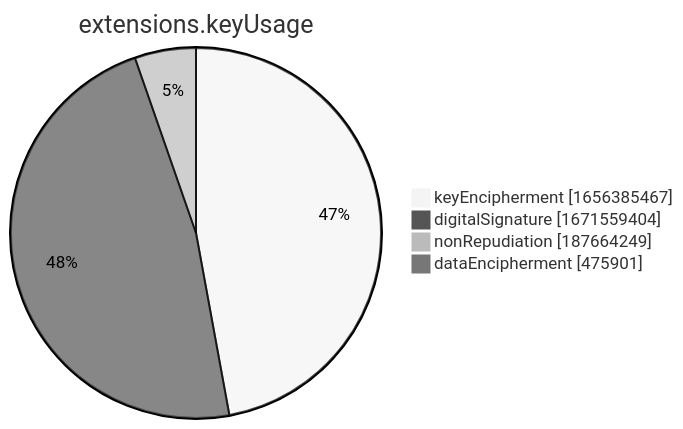
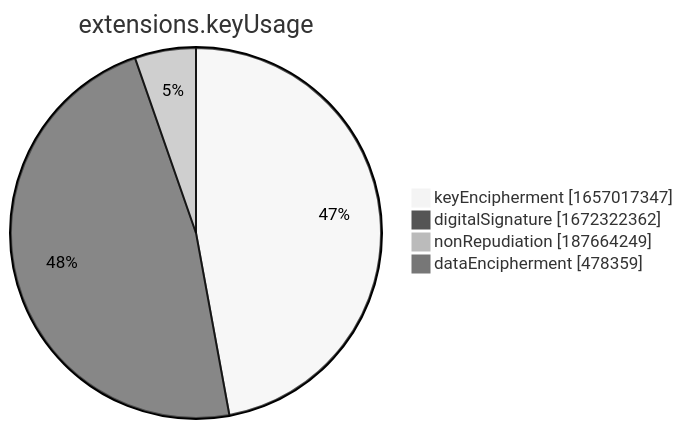
The seventh of 15 diagrams in xenon2022/README.md (christiankrug/ctmonitor_visualization), drawn with Mermaid (neutral theme) before and after one commit. The commit also changed other lines of this file, not shown here.

````diff
--- a/xenon2022/README.md
+++ b/xenon2022/README.md
@@ -2857,8 +2857,8 @@
 ```mermaid
 pie showData
 title extensions.keyUsage
-"keyEncipherment" :1656385467
-"digitalSignature" :1671559404
+"keyEncipherment" :1657017347
+"digitalSignature" :1672322362
 "nonRepudiation" :187664249
-"dataEncipherment" :475901
+"dataEncipherment" :478359
 ```
````
